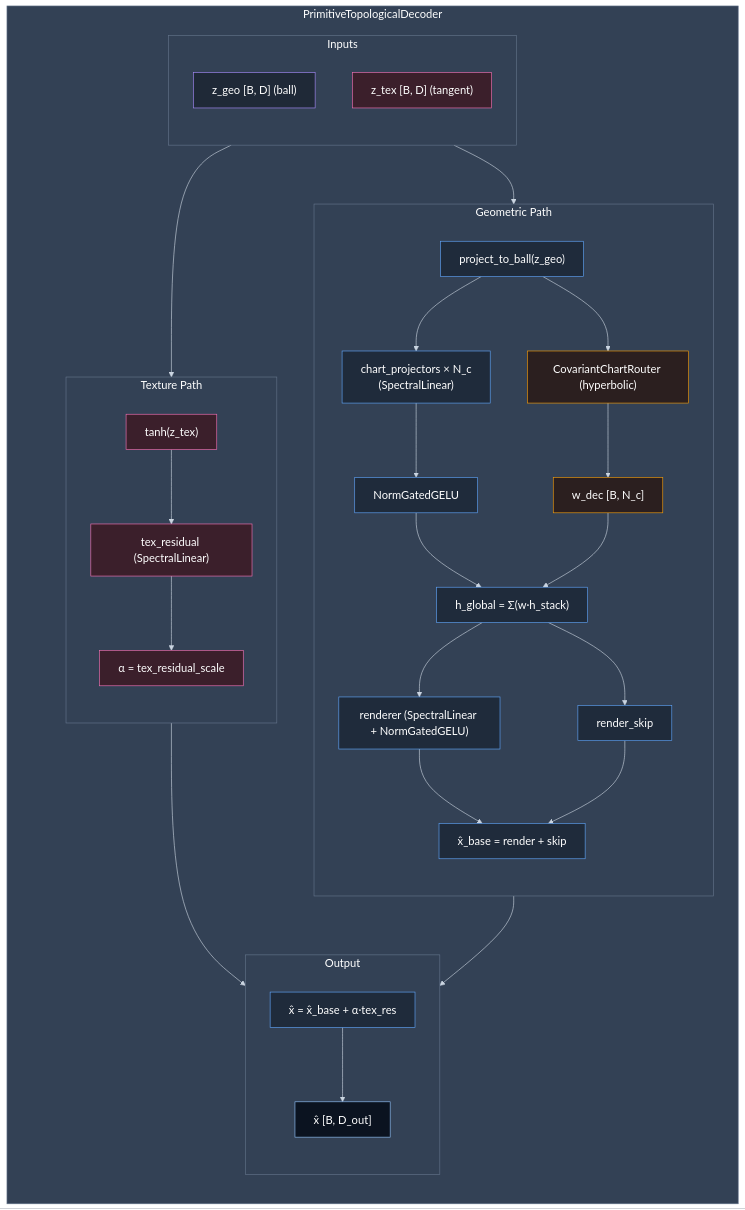
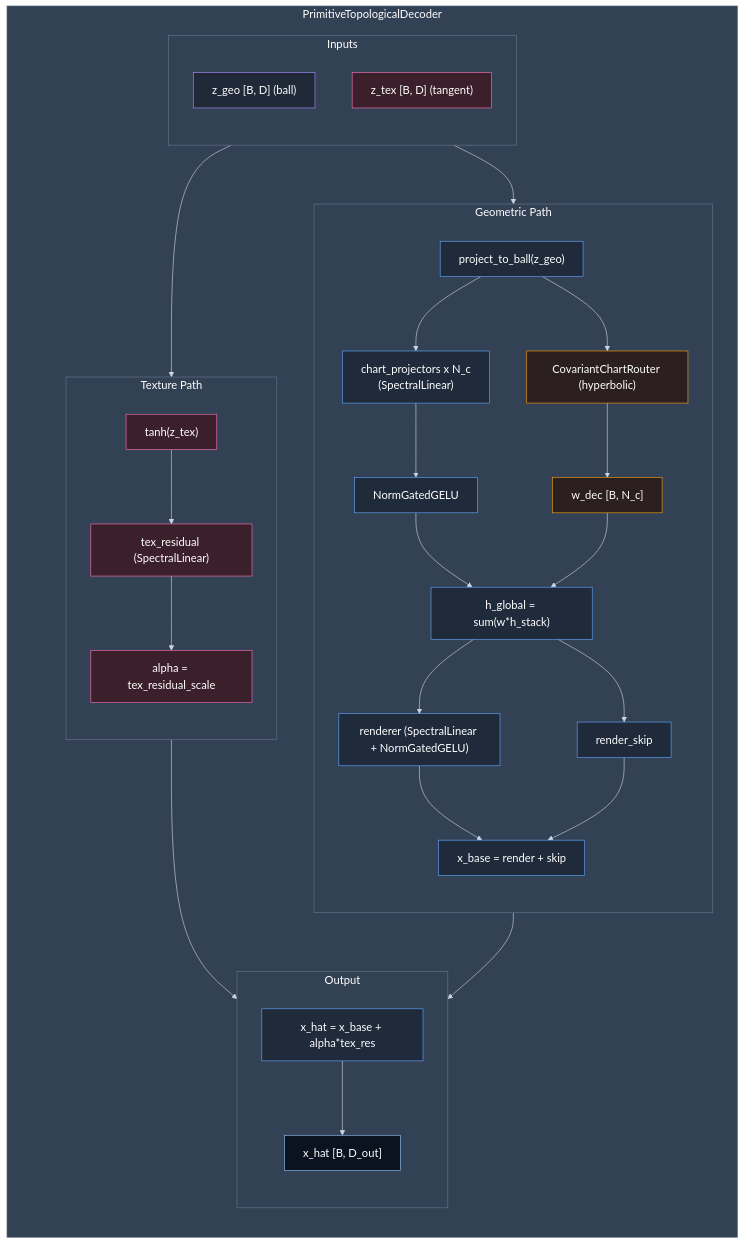
The fifth of 12 diagrams in single_agent_tldr.md (FragileTech/fragile), drawn with Mermaid before and after one commit. The commit also changed other lines of this file, not shown here.

````diff
--- a/single_agent_tldr.md
+++ b/single_agent_tldr.md
@@ -208,65 +382,65 @@
 ```mermaid
 %%{init: {"themeVariables": {"background":"#1e293b","edgeLabelBackground":"#334155","textColor":"#ffffff","lineColor":"#cbd5e1","primaryColor":"#334155","primaryTextColor":"#ffffff","secondaryTextColor":"#ffffff","tertiaryTextColor":"#ffffff","titleColor":"#ffffff","nodeTextColor":"#ffffff","clusterBkg":"#334155","clusterBorder":"#64748b","fontSize":"18px"},"flowchart":{"nodeSpacing":60,"rankSpacing":70,"useMaxWidth":true}}}%%
 flowchart TB
     subgraph DEC["PrimitiveTopologicalDecoder"]
         direction TB
 
         subgraph INPUTS["Inputs"]
             direction TB
             Zgeo["z_geo [B, D] (ball)"]
             Ztex["z_tex [B, D] (tangent)"]
         end
 
         subgraph GEO["Geometric Path"]
             direction TB
             Clamp["project_to_ball(z_geo)"]
             RouterDec["CovariantChartRouter (hyperbolic)"]
             Wdec["w_dec [B, N_c]"]
-            ChartProj["chart_projectors × N_c<br/>(SpectralLinear)"]
+            ChartProj["chart_projectors x N_c<br/>(SpectralLinear)"]
             Gate["NormGatedGELU"]
-            Mix["h_global = Σ(w·h_stack)"]
+            Mix["h_global = sum(w*h_stack)"]
             Renderer["renderer (SpectralLinear + NormGatedGELU)"]
             Skip["render_skip"]
-            AddSkip["x̂_base = render + skip"]
+            AddSkip["x_base = render + skip"]
         end
 
         subgraph TEX["Texture Path"]
             direction TB
             TanhT["tanh(z_tex)"]
             TexRes["tex_residual (SpectralLinear)"]
-            Scale["α = tex_residual_scale"]
+            Scale["alpha = tex_residual_scale"]
         end
 
         subgraph OUTPUT["Output"]
             direction TB
-            AddTex["x̂ = x̂_base + α·tex_res"]
-            Xhat["x̂ [B, D_out]"]
+            AddTex["x_hat = x_base + alpha*tex_res"]
+            Xhat["x_hat [B, D_out]"]
         end
     end
 
     Zgeo --> Clamp
     Clamp --> RouterDec --> Wdec
     Clamp --> ChartProj --> Gate --> Mix
     Wdec --> Mix
     Mix --> Renderer --> AddSkip
     Mix --> Skip --> AddSkip
 
     Ztex --> TanhT --> TexRes
     TexRes --> Scale
 
     AddSkip --> AddTex
     Scale --> AddTex
     AddTex --> Xhat
 
     classDef io fill:#0b1320,stroke:#93c5fd,stroke-width:1px,color:#ffffff;
     classDef router fill:#2b1f1f,stroke:#f59e0b,stroke-width:1px,color:#ffffff;
     classDef geom fill:#1f2937,stroke:#a78bfa,stroke-width:1px,color:#ffffff;
     classDef residual fill:#3b1f2b,stroke:#f472b6,stroke-width:1px,color:#ffffff;
     classDef decoder fill:#1f2b3b,stroke:#60a5fa,stroke-width:1px,color:#ffffff;
 
     class Zgeo geom;
     class RouterDec,Wdec router;
     class Xhat io;
     class Clamp,ChartProj,Gate,Mix,Renderer,Skip,AddSkip,AddTex decoder;
     class Ztex,TanhT,TexRes,Scale residual;
 ```
````
